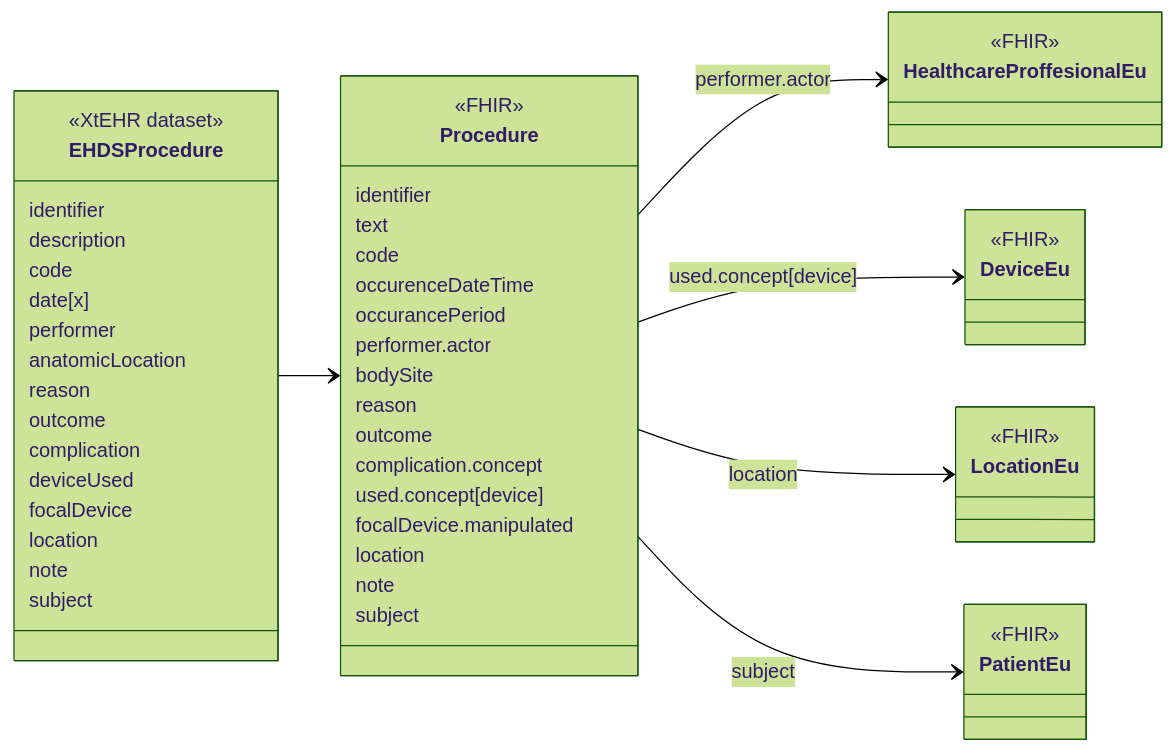
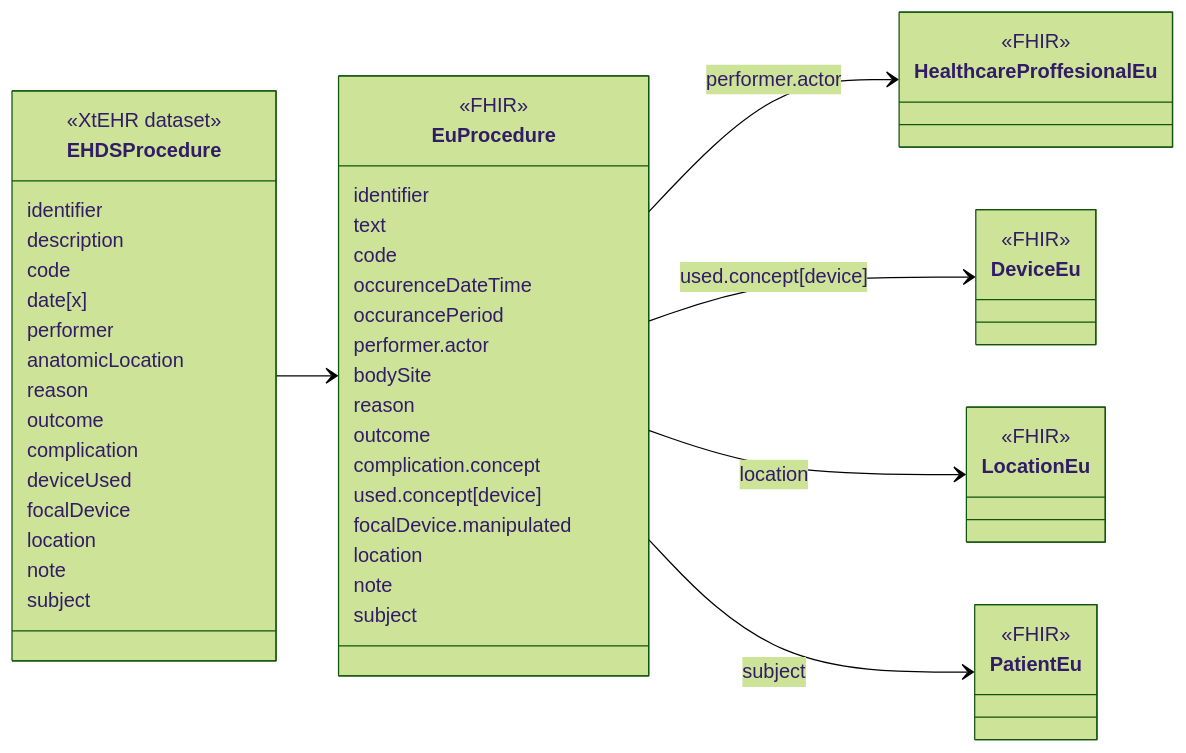
Before and after one commit to oijauregui/ehdsimaging: the diagram in input/intro-notes/ConceptMap-EHDSProcedureMap-intro.md, drawn with Mermaid (forest theme). The commit also changed 138 other files, not shown here.

````diff
--- a/input/intro-notes/ConceptMap-EHDSProcedureMap-intro.md
+++ b/input/intro-notes/ConceptMap-EHDSProcedureMap-intro.md
@@ -5,58 +5,58 @@
 ```mermaid
 classDiagram
 direction LR
 class EHDSProcedure {
   <<XtEHR dataset>>
   identifier
   description
   code
   date[x]
   performer
   anatomicLocation
   reason
   outcome
   complication
   deviceUsed
   focalDevice
   location
   note
   subject
 }
 link EHDSProcedure "https://build.fhir.org/ig/Xt-EHR/xt-ehr-common/StructureDefinition-EHDSProcedure.html"
-class Procedure{
+class EuProcedure{
   <<FHIR>>
   identifier
   text
   code
   occurenceDateTime
   occurancePeriod
   performer.actor
   bodySite
   reason
   outcome
   complication.concept
   used.concept[device]
   focalDevice.manipulated
   location
   note
   subject
 }
 
 class HealthcareProffesionalEu {
   <<FHIR>>
 }
 class DeviceEu {
   <<FHIR>>
 }
 class LocationEu {
   <<FHIR>>
 }
 class PatientEu {
   <<FHIR>>
 }
-EHDSProcedure --> Procedure
-Procedure --> HealthcareProffesionalEu : performer.actor
-Procedure --> DeviceEu : used.concept[device]
-Procedure --> LocationEu : location
-Procedure --> PatientEu : subject
+EHDSProcedure --> EuProcedure
+EuProcedure --> HealthcareProffesionalEu : performer.actor
+EuProcedure --> DeviceEu : used.concept[device]
+EuProcedure --> LocationEu : location
+EuProcedure --> PatientEu : subject
 ```
````
